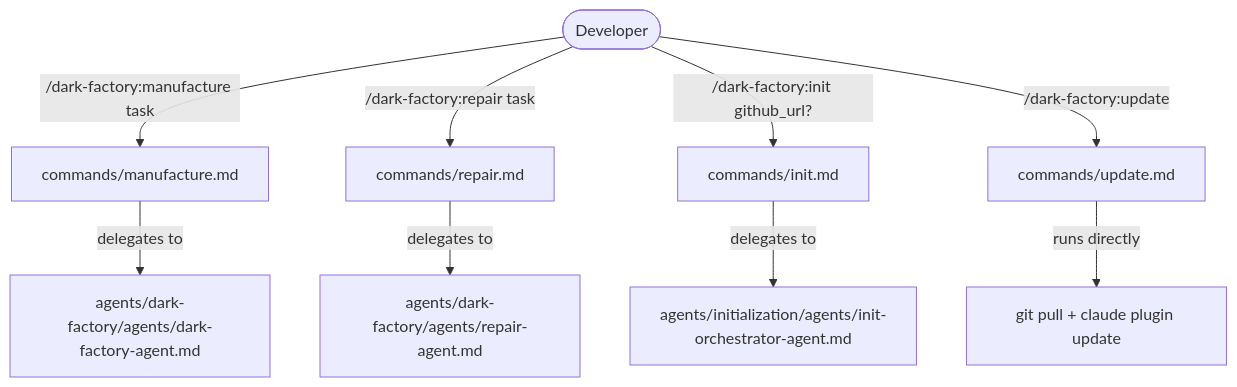
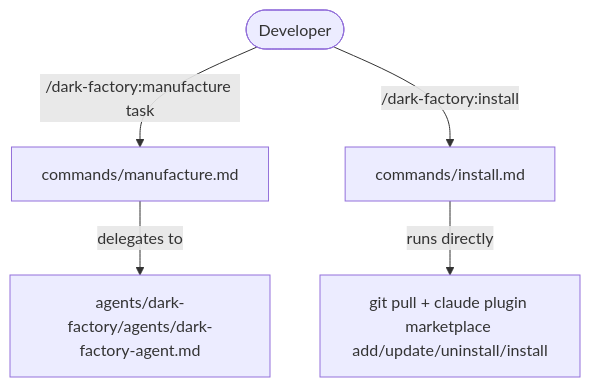
The diagram in docs/docs/commands.md (lewibs/dark-factory), drawn with Mermaid before and after one commit. The commit also changed other lines of this file and 13 other files, not shown here.

````diff
--- a/docs/docs/commands.md
+++ b/docs/docs/commands.md
@@ -18,12 +18,8 @@
 ```mermaid
 flowchart TD
   Dev([Developer]) -->|/dark-factory:manufacture task| CMD_M[commands/manufacture.md]
-  Dev -->|/dark-factory:repair task| CMD_R[commands/repair.md]
-  Dev -->|/dark-factory:init github_url?| CMD_I[commands/init.md]
-  Dev -->|/dark-factory:update| CMD_U[commands/update.md]
+  Dev -->|/dark-factory:install| CMD_I[commands/install.md]
 
   CMD_M -->|delegates to| DFA[agents/dark-factory/agents/dark-factory-agent.md]
-  CMD_R -->|delegates to| RA[agents/dark-factory/agents/repair-agent.md]
-  CMD_I -->|delegates to| IOA[agents/initialization/agents/init-orchestrator-agent.md]
-  CMD_U -->|runs directly| GIT[git pull + claude plugin update]
+  CMD_I -->|runs directly| GIT[git pull + claude plugin marketplace add/update/uninstall/install]
 ```
````
